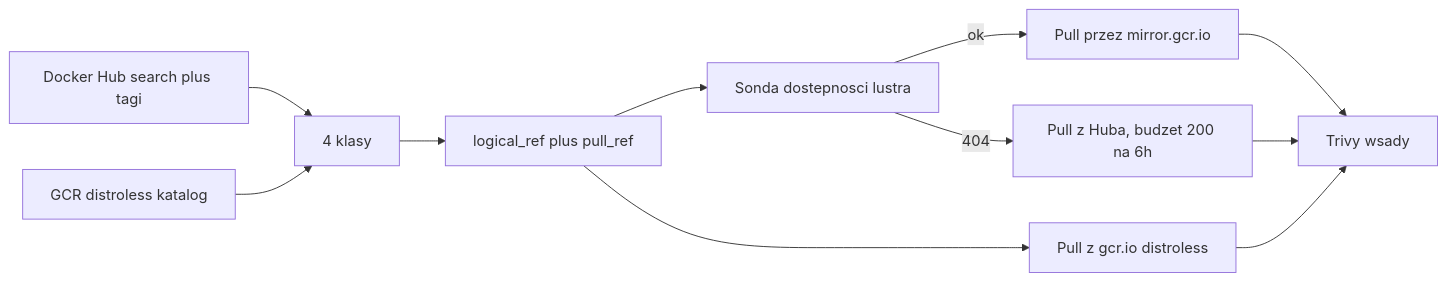
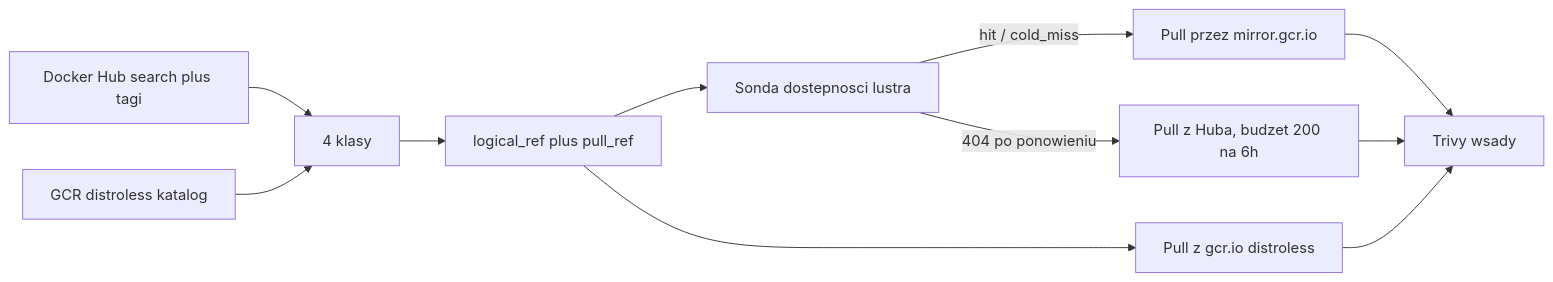
Before and after one commit to Sonic-kw/Container_Image_Analyzer: the diagram in docs/PLAN.md, drawn with Mermaid. The commit also changed other lines of this file, not shown here.

````diff
--- a/docs/PLAN.md
+++ b/docs/PLAN.md
@@ -577,13 +617,13 @@
 ```mermaid
 flowchart LR
   hub["Docker Hub search plus tagi"] --> classify["4 klasy"]
   gcr["GCR distroless katalog"] --> classify
   classify --> matrix["logical_ref plus pull_ref"]
   matrix --> probe["Sonda dostepnosci lustra"]
-  probe -->|ok| mirror["Pull przez mirror.gcr.io"]
-  probe -->|404| hubPull["Pull z Huba, budzet 200 na 6h"]
+  probe -->|"hit / cold_miss"| mirror["Pull przez mirror.gcr.io"]
+  probe -->|"404 po ponowieniu"| hubPull["Pull z Huba, budzet 200 na 6h"]
   matrix --> gcrPull["Pull z gcr.io distroless"]
   mirror --> trivy["Trivy wsady"]
   hubPull --> trivy
   gcrPull --> trivy
 ```
````
